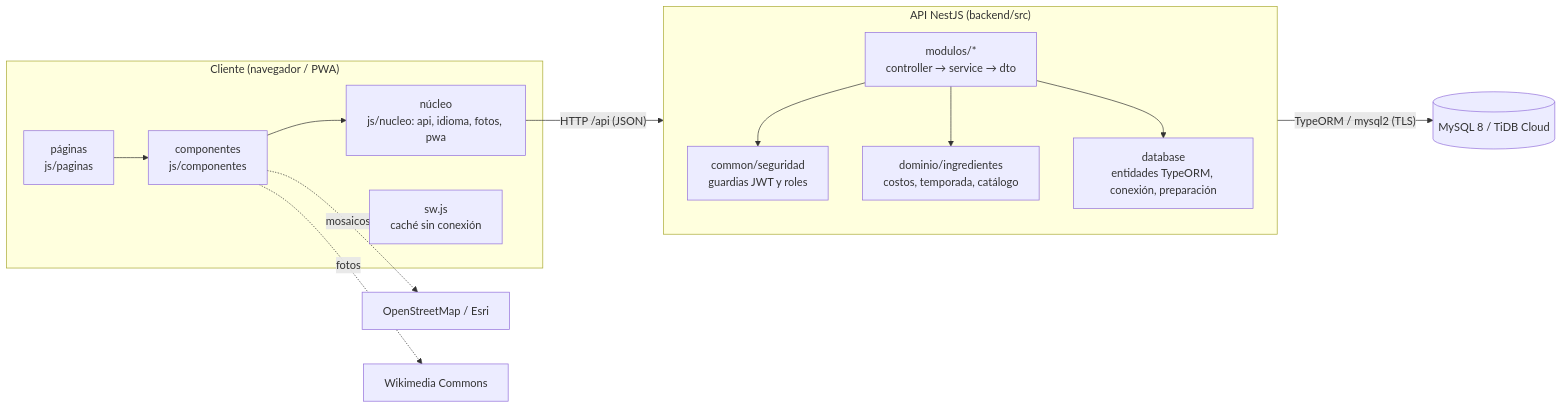
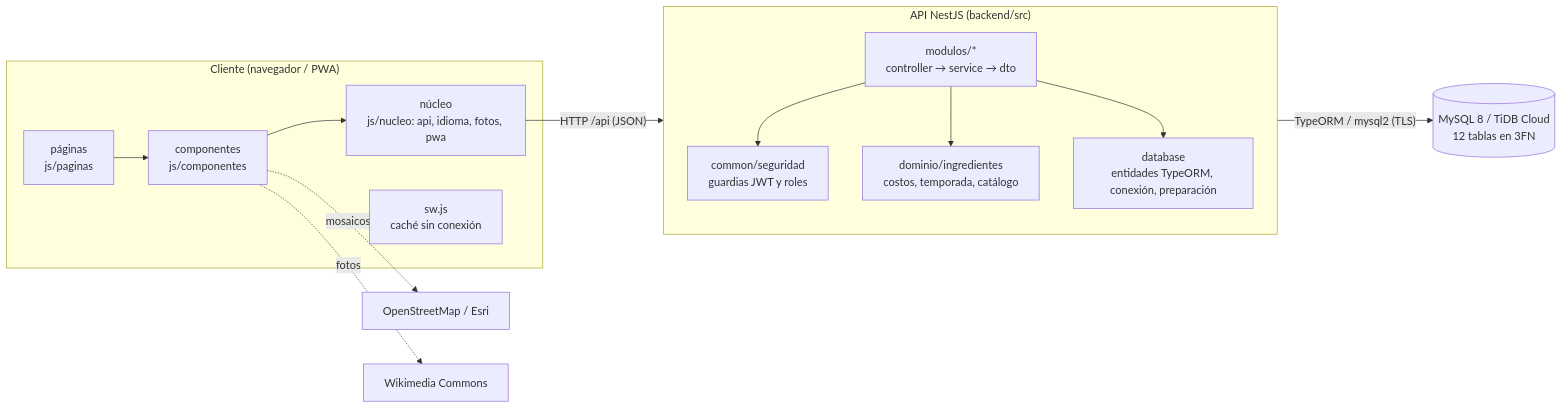
One commit to Tania948/SIGEPA changed the diagram in docs/ARQUITECTURA.md. Above: the diagram before and after it, drawn with Mermaid. The commit also changed other lines of this file and 42 other files, not shown here.

````diff
--- a/docs/ARQUITECTURA.md
+++ b/docs/ARQUITECTURA.md
@@ -7,24 +7,24 @@
 ```mermaid
 flowchart LR
   subgraph Cliente["Cliente (navegador / PWA)"]
     P[páginas<br/>js/paginas] --> C[componentes<br/>js/componentes]
     C --> N[núcleo<br/>js/nucleo: api, idioma, fotos, pwa]
     SW[sw.js<br/>caché sin conexión]
   end
 
   subgraph API["API NestJS (backend/src)"]
     direction TB
     M[modulos/*<br/>controller → service → dto]
     S[common/seguridad<br/>guardias JWT y roles]
     D[dominio/ingredientes<br/>costos, temporada, catálogo]
     DB[database<br/>entidades TypeORM, conexión, preparación]
     M --> S
     M --> D
     M --> DB
   end
 
   N -- "HTTP /api (JSON)" --> M
-  DB -- "TypeORM / mysql2 (TLS)" --> BD[(MySQL 8 / TiDB Cloud)]
+  DB -- "TypeORM / mysql2 (TLS)" --> BD[(MySQL 8 / TiDB Cloud<br/>12 tablas en 3FN)]
   C -. mosaicos .-> OSM[OpenStreetMap / Esri]
   C -. fotos .-> WM[Wikimedia Commons]
 ```
````
